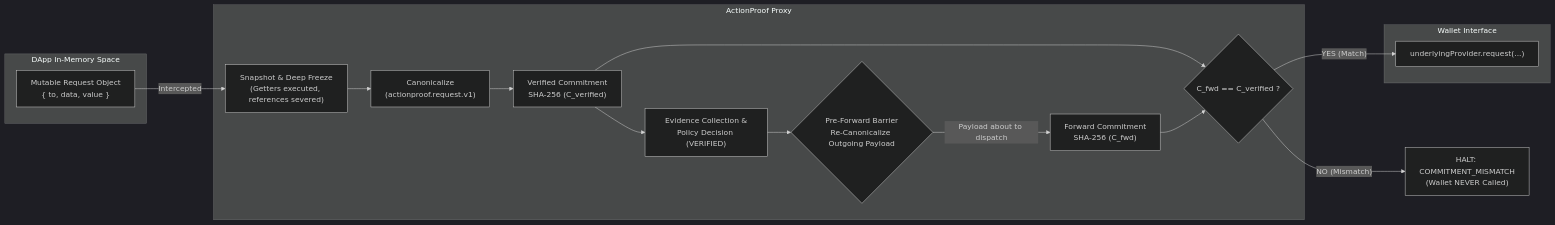
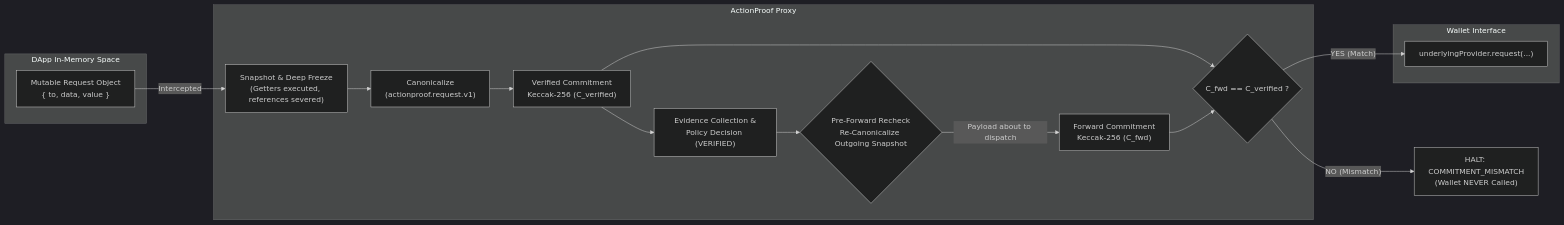
Before and after one commit to Abhi010903/ActionProofETR: the diagram in docs/08-PROVIDER-BINDING.md, drawn with Mermaid (dark theme). The commit also changed other lines of this file and 10 other files, not shown here.

````diff
--- a/docs/08-PROVIDER-BINDING.md
+++ b/docs/08-PROVIDER-BINDING.md
@@ -5,30 +5,30 @@
 ```mermaid
 flowchart LR
     subgraph DApp In-Memory Space
         Req["Mutable Request Object<br/>{ to, data, value }"]
     end
 
     subgraph ActionProof Proxy
         Snap["Snapshot & Deep Freeze<br/>(Getters executed, references severed)"]
         Canon1["Canonicalize<br/>(actionproof.request.v1)"]
-        Hash1["Verified Commitment<br/>SHA-256 (C_verified)"]
+        Hash1["Verified Commitment<br/>Keccak-256 (C_verified)"]
         
         Eval["Evidence Collection &<br/>Policy Decision (VERIFIED)"]
 
-        Barrier{"Pre-Forward Barrier<br/>Re-Canonicalize Outgoing Payload"}
-        Hash2["Forward Commitment<br/>SHA-256 (C_fwd)"]
+        Barrier{"Pre-Forward Recheck<br/>Re-Canonicalize Outgoing Snapshot"}
+        Hash2["Forward Commitment<br/>Keccak-256 (C_fwd)"]
         Check{"C_fwd == C_verified ?"}
     end
 
     subgraph Wallet Interface
         Forward["underlyingProvider.request(...)"]
     end
 
     Req -->|"Intercepted"| Snap
     Snap --> Canon1 --> Hash1
     Hash1 --> Eval --> Barrier
     Barrier -->|"Payload about to dispatch"| Hash2
     Hash1 & Hash2 --> Check
     Check -->|"YES (Match)"| Forward
     Check -->|"NO (Mismatch)"| Halt["HALT: COMMITMENT_MISMATCH<br/>(Wallet NEVER Called)"]
 ```
````
